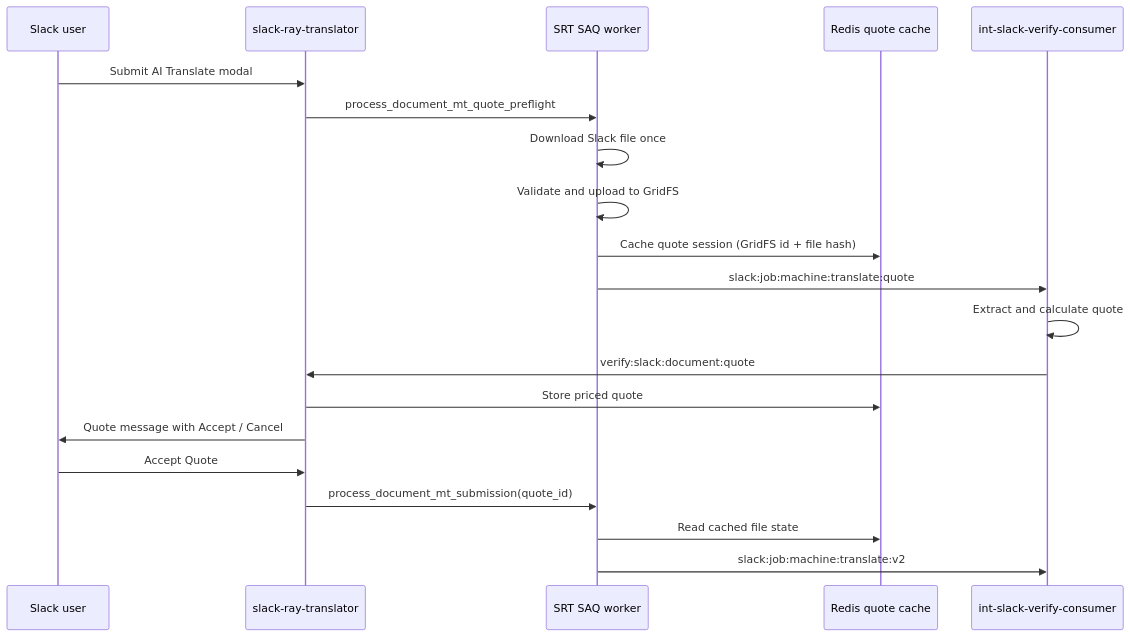
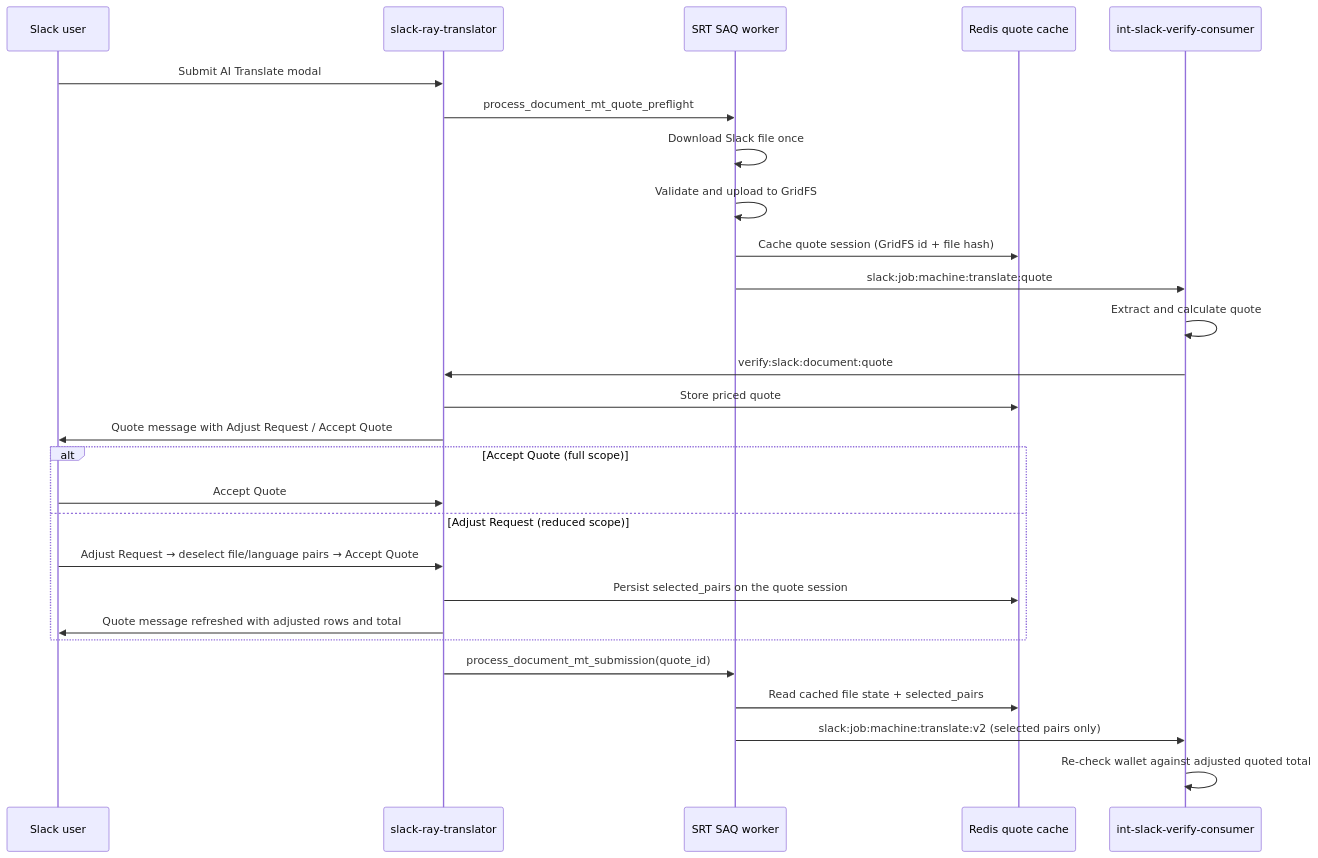
Before and after one commit to strakergroup/Nake-Agentic-Slack: the diagram in docs/document-mt-quote-confirmation.md, drawn with Mermaid. The commit also changed other lines of this file and 18 other files, not shown here.

First line of the commit message:
feat(RAY-79115): add Adjust Request UI to document MT quotes.

````diff
--- a/docs/document-mt-quote-confirmation.md
+++ b/docs/document-mt-quote-confirmation.md
@@ -21,23 +28,30 @@
 ```mermaid
 sequenceDiagram
     participant User as Slack user
     participant SRT as slack-ray-translator
     participant SAQ as SRT SAQ worker
     participant Redis as Redis quote cache
     participant Consumer as int-slack-verify-consumer
 
     User->>SRT: Submit AI Translate modal
     SRT->>SAQ: process_document_mt_quote_preflight
     SAQ->>SAQ: Download Slack file once
     SAQ->>SAQ: Validate and upload to GridFS
     SAQ->>Redis: Cache quote session (GridFS id + file hash)
     SAQ->>Consumer: slack:job:machine:translate:quote
     Consumer->>Consumer: Extract and calculate quote
     Consumer->>SRT: verify:slack:document:quote
     SRT->>Redis: Store priced quote
-    SRT->>User: Quote message with Accept / Cancel
-    User->>SRT: Accept Quote
+    SRT->>User: Quote message with Adjust Request / Accept Quote
+    alt Accept Quote (full scope)
+        User->>SRT: Accept Quote
+    else Adjust Request (reduced scope)
+        User->>SRT: Adjust Request → deselect file/language pairs → Accept Quote
+        SRT->>Redis: Persist selected_pairs on the quote session
+        SRT->>User: Quote message refreshed with adjusted rows and total
+    end
     SRT->>SAQ: process_document_mt_submission(quote_id)
-    SAQ->>Redis: Read cached file state
-    SAQ->>Consumer: slack:job:machine:translate:v2
+    SAQ->>Redis: Read cached file state + selected_pairs
+    SAQ->>Consumer: slack:job:machine:translate:v2 (selected pairs only)
+    Consumer->>Consumer: Re-check wallet against adjusted quoted total
 ```
````
